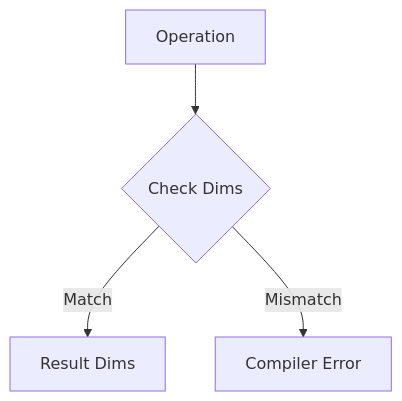
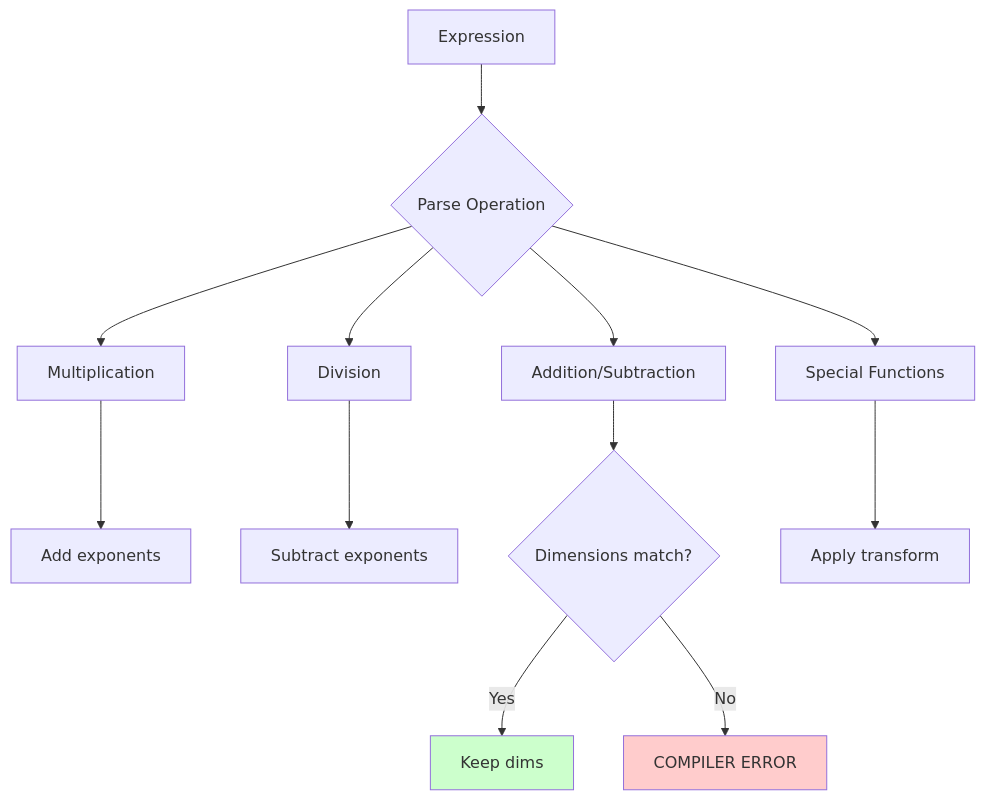
One commit to wramet/build-my-cfd changed the second of 3 diagrams in MODULE_05_OPENFOAM_PROGRAMMING/CONTENT/02_DIMENSIONED_TYPES/02_Physics_Aware_Type_System.md. Above: the diagram before and after it, drawn with Mermaid. The commit also changed other lines of this file and 124 other files, not shown here.

````diff
--- a/MODULE_05_OPENFOAM_PROGRAMMING/CONTENT/02_DIMENSIONED_TYPES/02_Physics_Aware_Type_System.md
+++ b/MODULE_05_OPENFOAM_PROGRAMMING/CONTENT/02_DIMENSIONED_TYPES/02_Physics_Aware_Type_System.md
@@ -74,6 +130,18 @@
 ```mermaid
 graph TD
-    A[Operation] --> B{Check Dims}
-    B -- Match --> C[Result Dims]
-    B -- Mismatch --> D[Compiler Error]
+    A[Expression] --> B{Parse Operation}
+    B --> C[Multiplication]
+    B --> D[Division]
+    B --> E[Addition/Subtraction]
+    B --> F[Special Functions]
+    
+    C --> G[Add exponents]
+    D --> H[Subtract exponents]
+    E --> I{Dimensions match?}
+    I -->|Yes| J[Keep dims]
+    I -->|No| K[COMPILER ERROR]
+    F --> L[Apply transform]
+    
+    style K fill:#ffcccc
+    style J fill:#ccffcc
 ```
````
